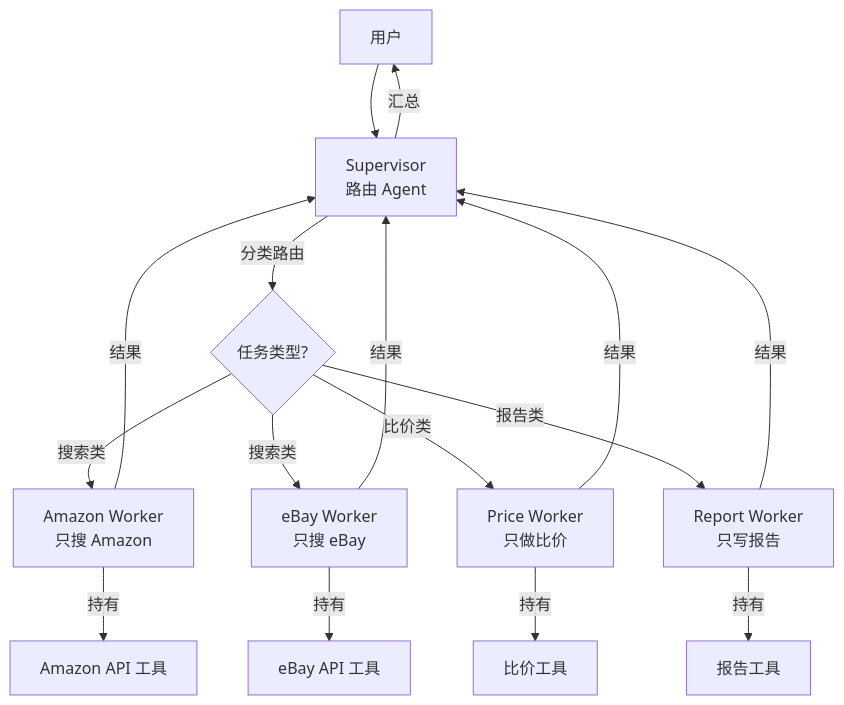
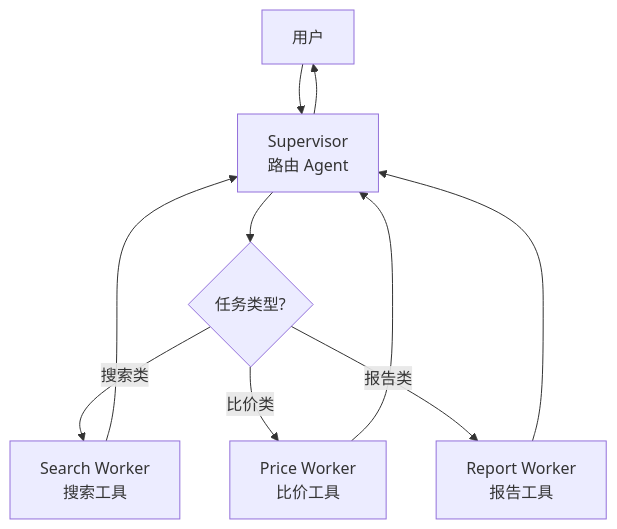
The fifth of 6 diagrams in docs/01-Agent架构设计.md (lzplsp666/glodex-agent), drawn with Mermaid before and after one commit. The commit also changed other lines of this file and 46 other files, not shown here.

````diff
--- a/docs/01-Agent架构设计.md
+++ b/docs/01-Agent架构设计.md
@@ -162,23 +445,14 @@
 ```mermaid
 graph TD
-    User[用户] --> Supervisor[Supervisor<br/>路由 Agent]
+    User["用户"] --> Supervisor["Supervisor<br/>路由 Agent"]
+    Supervisor --> Router{"任务类型?"}
 
-    Supervisor -->|分类路由| Router{任务类型?}
+    Router -->|"搜索类"| SearchW["Search Worker<br/>搜索工具"]
+    Router -->|"比价类"| PriceW["Price Worker<br/>比价工具"]
+    Router -->|"报告类"| ReportW["Report Worker<br/>报告工具"]
 
-    Router -->|搜索类| AmazonW[Amazon Worker<br/>只搜 Amazon]
-    Router -->|搜索类| EbayW[eBay Worker<br/>只搜 eBay]
-    Router -->|比价类| PriceW[Price Worker<br/>只做比价]
-    Router -->|报告类| ReportW[Report Worker<br/>只写报告]
-
-    AmazonW -->|持有| ATools[Amazon API 工具]
-    EbayW -->|持有| ETools[eBay API 工具]
-    PriceW -->|持有| PTools[比价工具]
-    ReportW -->|持有| RTools[报告工具]
-
-    AmazonW -->|结果| Supervisor
-    EbayW -->|结果| Supervisor
-    PriceW -->|结果| Supervisor
-    ReportW -->|结果| Supervisor
-
-    Supervisor -->|汇总| User
+    SearchW --> Supervisor
+    PriceW --> Supervisor
+    ReportW --> Supervisor
+    Supervisor --> User
 ```
````
